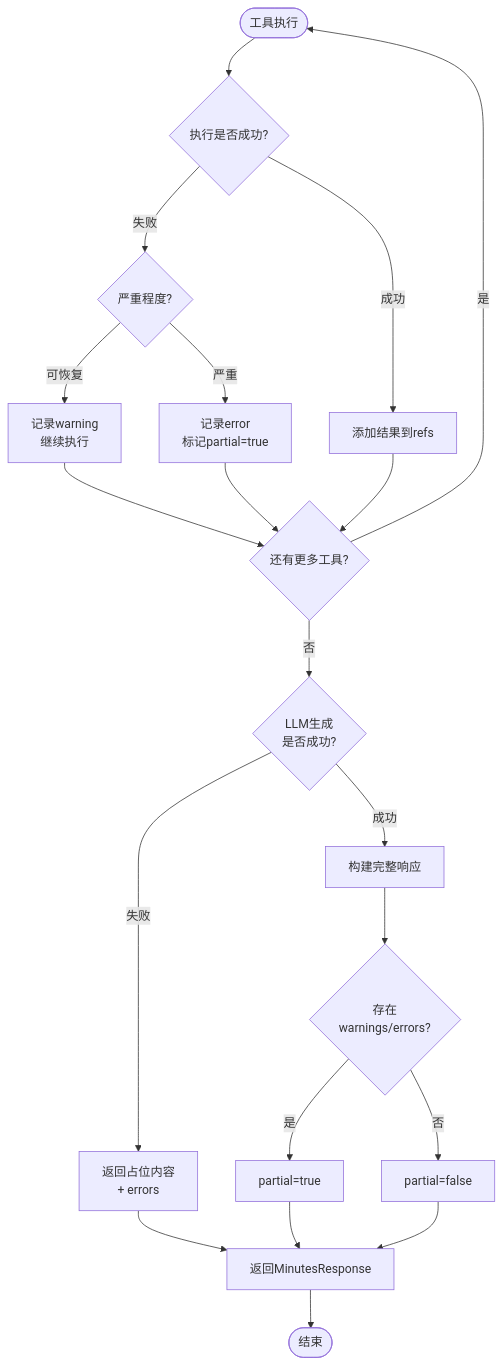
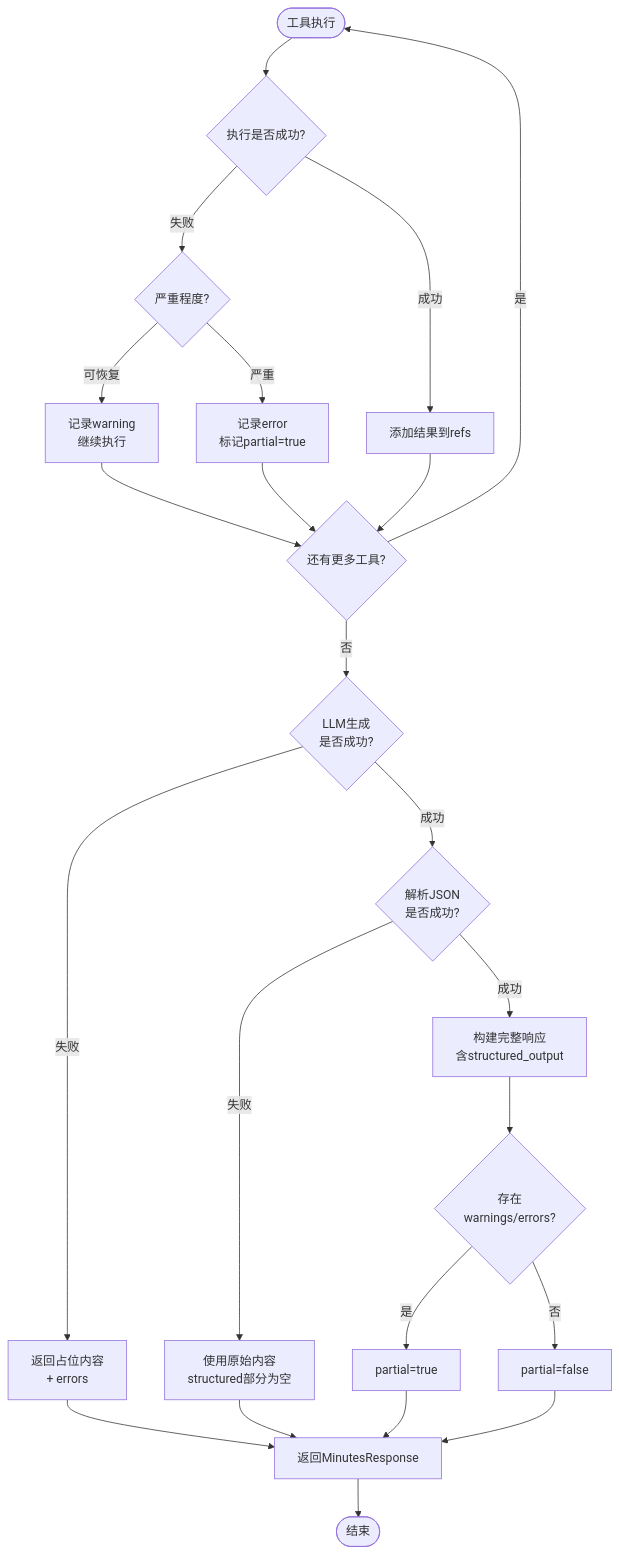
One commit to yuancaoyaoHW/mettings changed diagram 13 of 13 in docs/architecture_diagrams.md. Above: the diagram before and after it, drawn with Mermaid. The commit also changed other lines of this file, not shown here.

Commit message:
更新结构图

````diff
--- a/docs/architecture_diagrams.md
+++ b/docs/architecture_diagrams.md
@@ -605,30 +763,34 @@
 ```mermaid
 flowchart TD
     Start([工具执行]) --> Exec{执行是否成功?}
     
     Exec -->|成功| AddResult[添加结果到refs]
     Exec -->|失败| CheckSeverity{严重程度?}
     
     CheckSeverity -->|可恢复| Warning[记录warning<br/>继续执行]
     CheckSeverity -->|严重| Error[记录error<br/>标记partial=true]
     
     Warning --> Next{还有更多工具?}
     Error --> Next
     AddResult --> Next
     
     Next -->|是| Start
     Next -->|否| CheckLLM{LLM生成<br/>是否成功?}
     
-    CheckLLM -->|成功| BuildOutput[构建完整响应]
+    CheckLLM -->|成功| ParseJSON{解析JSON<br/>是否成功?}
     CheckLLM -->|失败| Fallback[返回占位内容<br/>+ errors]
     
-    BuildOutput --> CheckPartial{存在<br/>warnings/errors?}
+    ParseJSON -->|成功| BuildOutput
+    ParseJSON -->|失败| UseContent[使用原始内容<br/>structured部分为空]
+    
+    BuildOutput[构建完整响应<br/>含structured_output] --> CheckPartial{存在<br/>warnings/errors?}
     CheckPartial -->|是| MarkPartial[partial=true]
     CheckPartial -->|否| MarkFull[partial=false]
     
     Fallback --> Output
-    MarkPartial --> Output
-    MarkFull --> Output[返回MinutesResponse]
+    UseContent --> Output
+    MarkPartial --> Output[返回MinutesResponse]
+    MarkFull --> Output
     
     Output --> End([结束])
 ```
````
